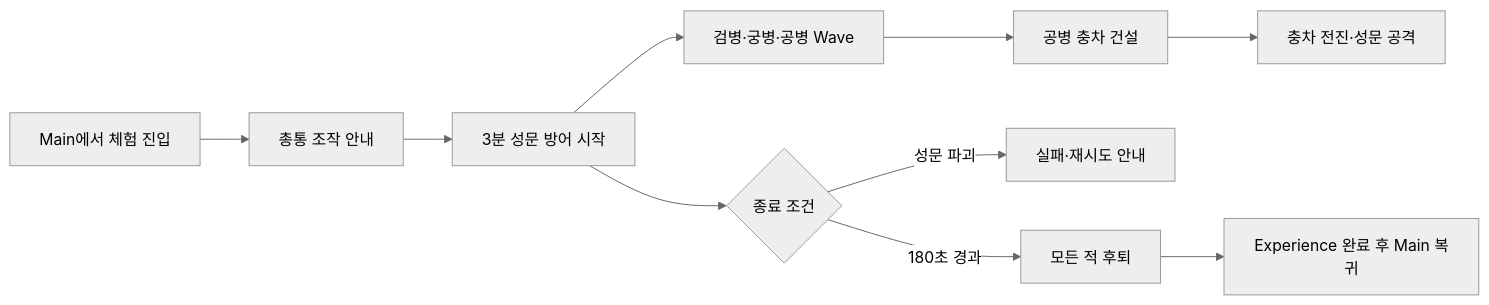
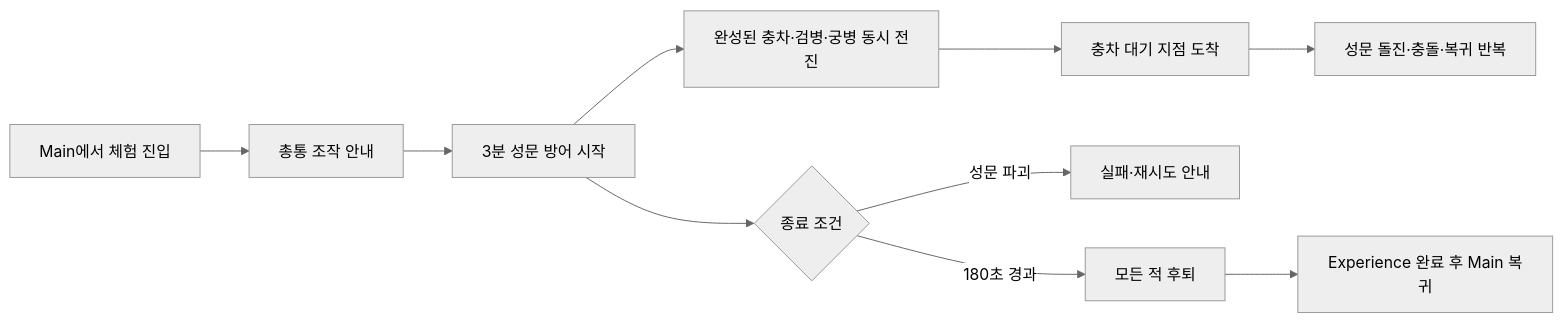
One commit to jihoon-c/SuwonSiegeContestVR changed the second of 2 diagrams in docs/OngseongCrossbow/ARCHITECTURE.md. Above: the diagram before and after it, drawn with Mermaid (neutral theme). The commit also changed other lines of this file and 17 other files, not shown here.

````diff
--- a/docs/OngseongCrossbow/ARCHITECTURE.md
+++ b/docs/OngseongCrossbow/ARCHITECTURE.md
@@ -108,12 +108,12 @@
 ```mermaid
 flowchart LR
     ENTER[Main에서 체험 진입] --> INTRO[총통 조작 안내]
     INTRO --> DEFEND[3분 성문 방어 시작]
-    DEFEND --> WAVES[검병·궁병·공병 Wave]
-    WAVES --> ENGINEER[공병 충차 건설]
-    ENGINEER --> RAM[충차 전진·성문 공격]
+    DEFEND --> ASSAULT[완성된 충차·검병·궁병 동시 전진]
+    ASSAULT --> RAM[충차 대기 지점 도착]
+    RAM --> CHARGE[성문 돌진·충돌·복귀 반복]
     DEFEND --> CHECK{종료 조건}
     CHECK -->|성문 파괴| FAIL[실패·재시도 안내]
     CHECK -->|180초 경과| RETREAT[모든 적 후퇴]
     RETREAT --> COMPLETE[Experience 완료 후 Main 복귀]
 ```
````
